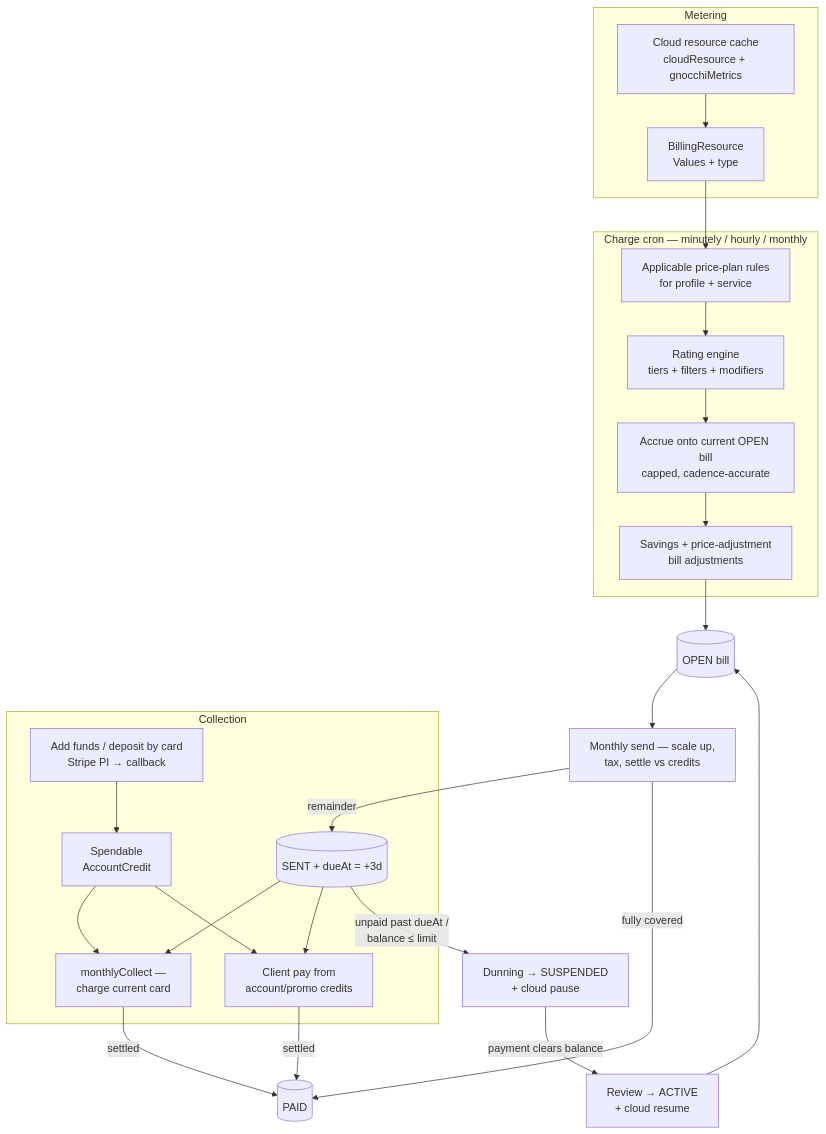
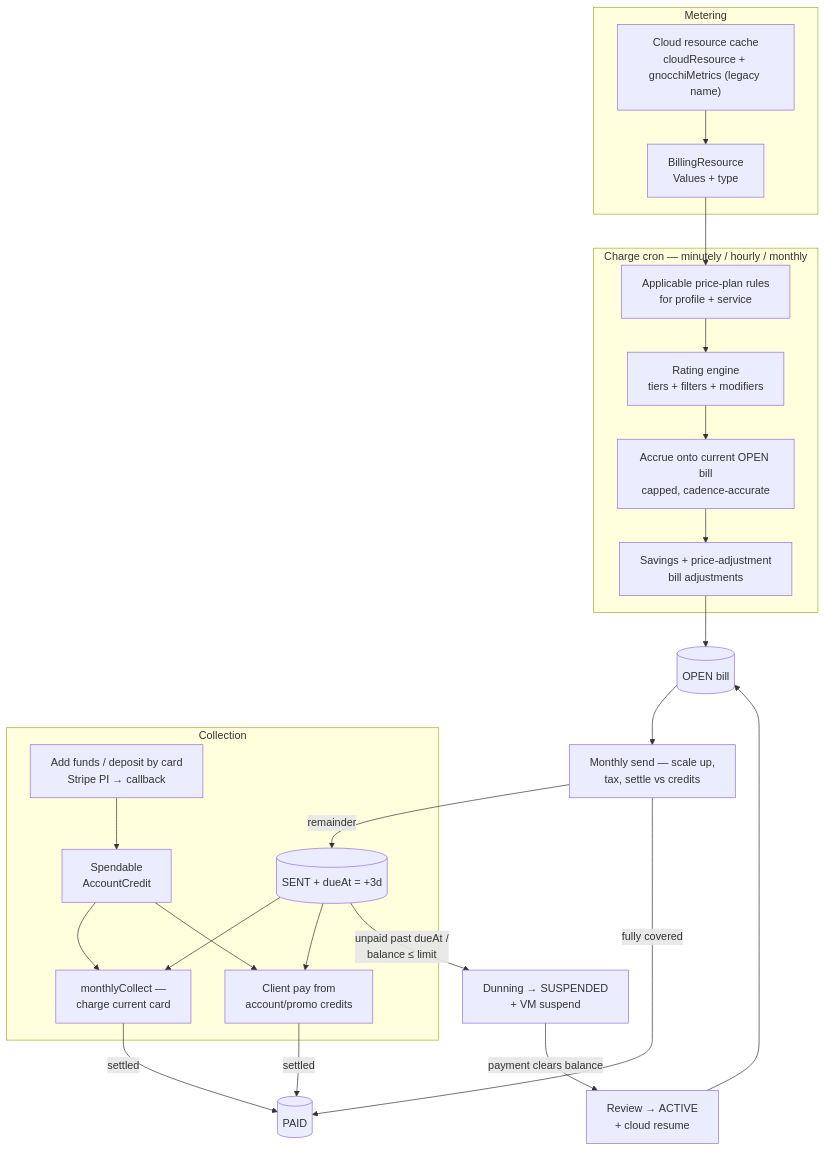
Before and after one commit to mutex-solutions/proxcloud: the fifth of 5 diagrams in docs/billing.md, drawn with Mermaid. The commit also changed other lines of this file and 44 other files, not shown here.

````diff
--- a/docs/billing.md
+++ b/docs/billing.md
@@ -626,28 +626,28 @@
 ```mermaid
 flowchart TD
     subgraph Metering
-        CR[Cloud resource cache<br/>cloudResource + gnocchiMetrics] --> BR[BillingResource<br/>Values + type]
+        CR["Cloud resource cache<br/>cloudResource + gnocchiMetrics (legacy name)"] --> BR[BillingResource<br/>Values + type]
     end
     subgraph Rating[Charge cron — minutely / hourly / monthly]
         BR --> RULES[Applicable price-plan rules<br/>for profile + service]
         RULES --> ENG[Rating engine<br/>tiers + filters + modifiers]
         ENG --> ACC[Accrue onto current OPEN bill<br/>capped, cadence-accurate]
         ACC --> ADJ[Savings + price-adjustment<br/>bill adjustments]
     end
     ADJ --> BILL[(OPEN bill)]
     BILL --> SEND[Monthly send — scale up,<br/>tax, settle vs credits]
     SEND -->|fully covered| PAID[(PAID)]
     SEND -->|remainder| SENT[(SENT + dueAt = +3d)]
     subgraph Collection
         SENT --> COLLECT[monthlyCollect —<br/>charge current card]
         SENT --> PAYCRED[Client pay from<br/>account/promo credits]
         DEP[Add funds / deposit by card<br/>Stripe PI → callback] --> ACRED[Spendable<br/>AccountCredit]
         ACRED --> COLLECT
         ACRED --> PAYCRED
     end
     COLLECT -->|settled| PAID
     PAYCRED -->|settled| PAID
-    SENT -->|unpaid past dueAt /<br/>balance ≤ limit| SUSP[Dunning → SUSPENDED<br/>+ cloud pause]
+    SENT -->|unpaid past dueAt /<br/>balance ≤ limit| SUSP[Dunning → SUSPENDED<br/>+ VM suspend]
     SUSP -->|payment clears balance| RESUME[Review → ACTIVE<br/>+ cloud resume]
     RESUME --> BILL
 ```
````
